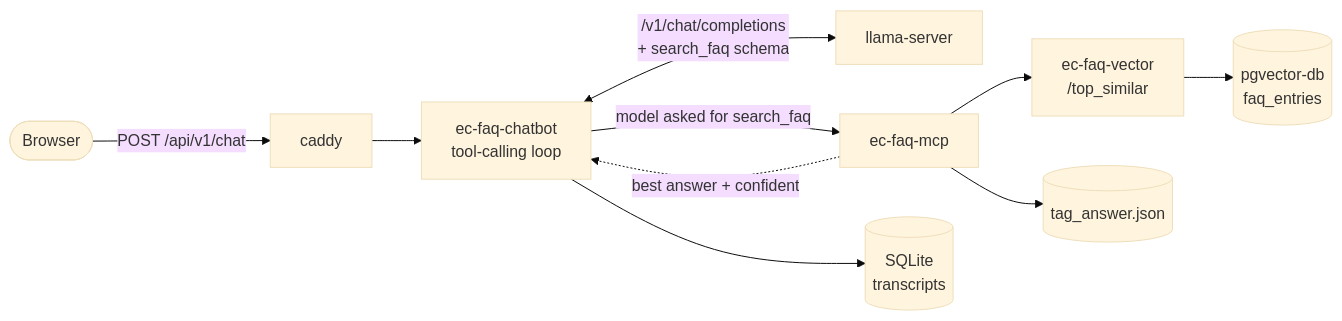
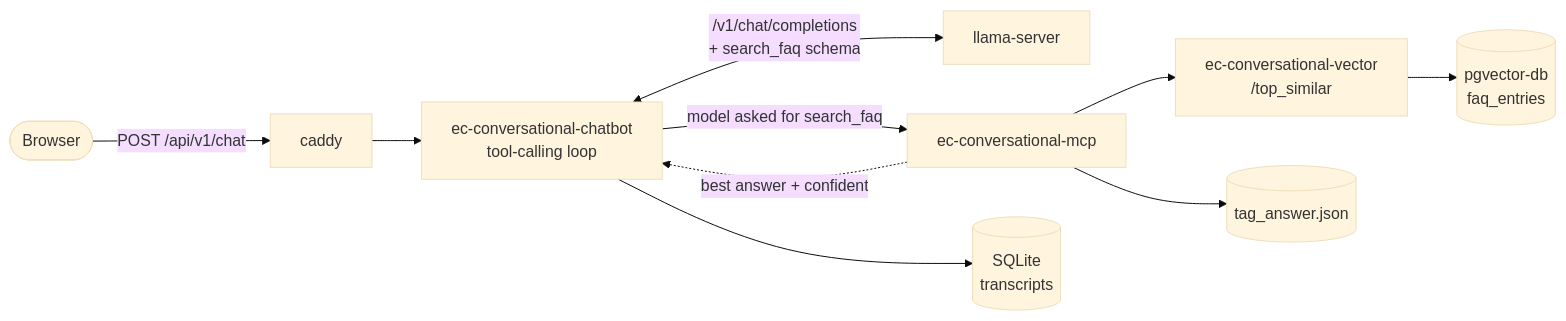
The diagram in README.md (sayed-shaun/ec-conversational-chatbot), drawn with Mermaid (base theme) before and after one commit. The commit also changed other lines of this file and 3 other files, not shown here.

First line of the commit message:
Rename ec-faq-* container/service/package naming to ec-conversational-*

````diff
--- a/README.md
+++ b/README.md
@@ -63,12 +63,12 @@
 ```mermaid
 flowchart LR
     B([Browser]) -->|"POST /api/v1/chat"| CADDY["caddy"]
-    CADDY --> BOT["ec-faq-chatbot<br/>tool-calling loop"]
+    CADDY --> BOT["ec-conversational-chatbot<br/>tool-calling loop"]
     BOT <-->|"/v1/chat/completions<br/>+ search_faq schema"| LLM["llama-server"]
-    BOT -->|"model asked for search_faq"| MCP["ec-faq-mcp"]
-    MCP --> SIM["ec-faq-vector<br/>/top_similar"]
+    BOT -->|"model asked for search_faq"| MCP["ec-conversational-mcp"]
+    MCP --> SIM["ec-conversational-vector<br/>/top_similar"]
     SIM --> PG[("pgvector-db<br/>faq_entries")]
     MCP --> TAG[("tag_answer.json")]
     MCP -.->|"best answer + confident"| BOT
     BOT --> DB[("SQLite<br/>transcripts")]
 ```
````
